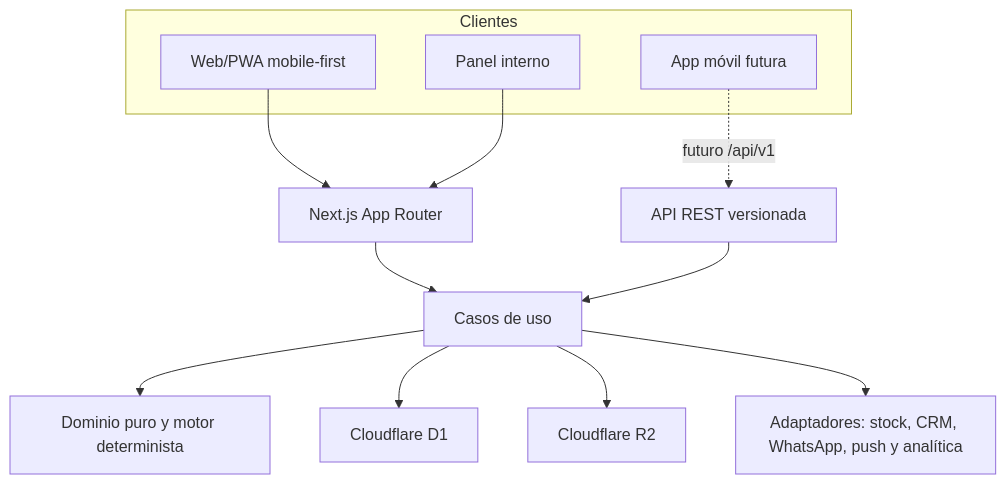
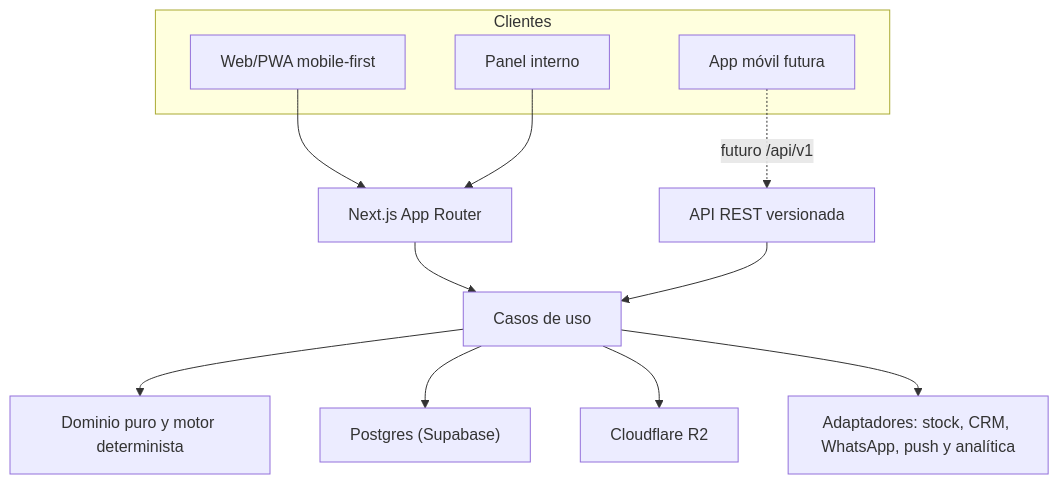
The third of 3 diagrams in PLAN_MAESTRO_V1.md (bajo3/JD-APP), drawn with Mermaid before and after one commit. The commit also changed other lines of this file and 85 other files, not shown here.

First line of the commit message:
feat: migrar persistencia de Cloudflare D1 a Postgres/Supabase

````diff
--- a/PLAN_MAESTRO_V1.md
+++ b/PLAN_MAESTRO_V1.md
@@ -105,18 +105,18 @@
 ```mermaid
 flowchart TB
     subgraph Clientes
         W["Web/PWA mobile-first"]
         M["App móvil futura"]
         P["Panel interno"]
     end
 
     W --> N["Next.js App Router"]
     P --> N
     M -. "futuro /api/v1" .-> API["API REST versionada"]
     N --> APP["Casos de uso"]
     API --> APP
     APP --> DOM["Dominio puro y motor determinista"]
-    APP --> DB["Cloudflare D1"]
+    APP --> DB["Postgres (Supabase)"]
     APP --> STORE["Cloudflare R2"]
     APP --> PORTS["Adaptadores: stock, CRM, WhatsApp, push y analítica"]
 ```
````
